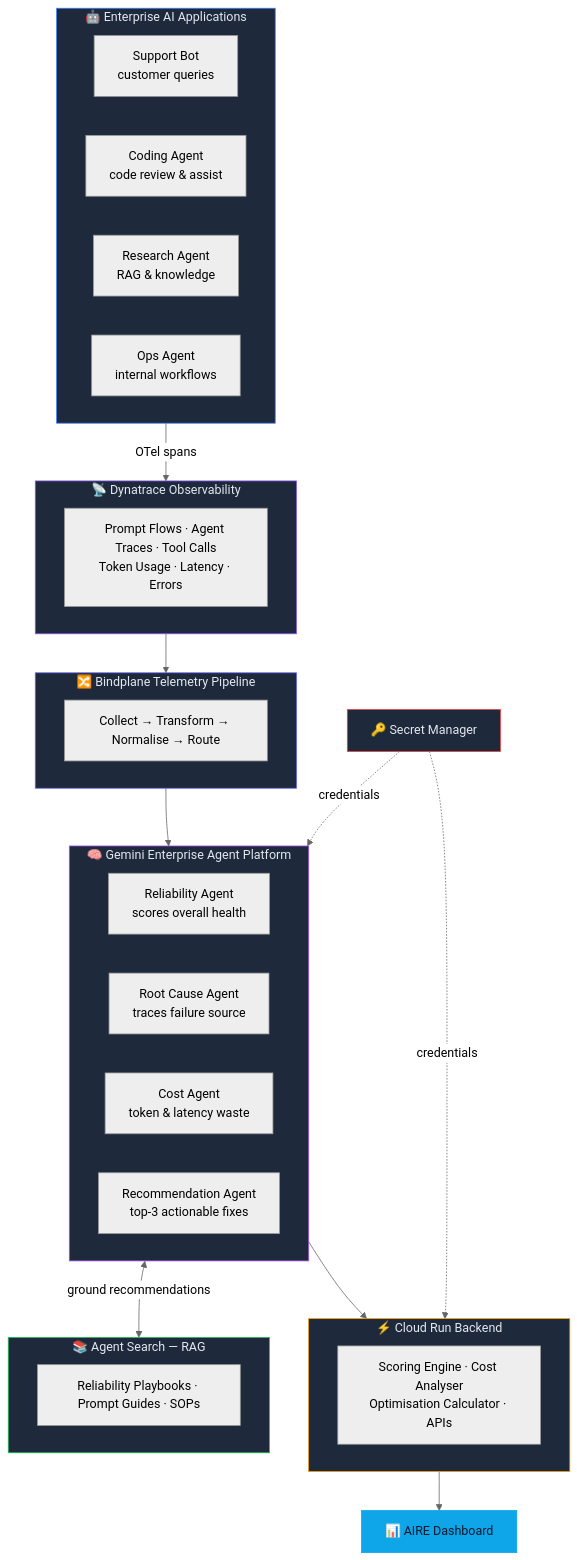
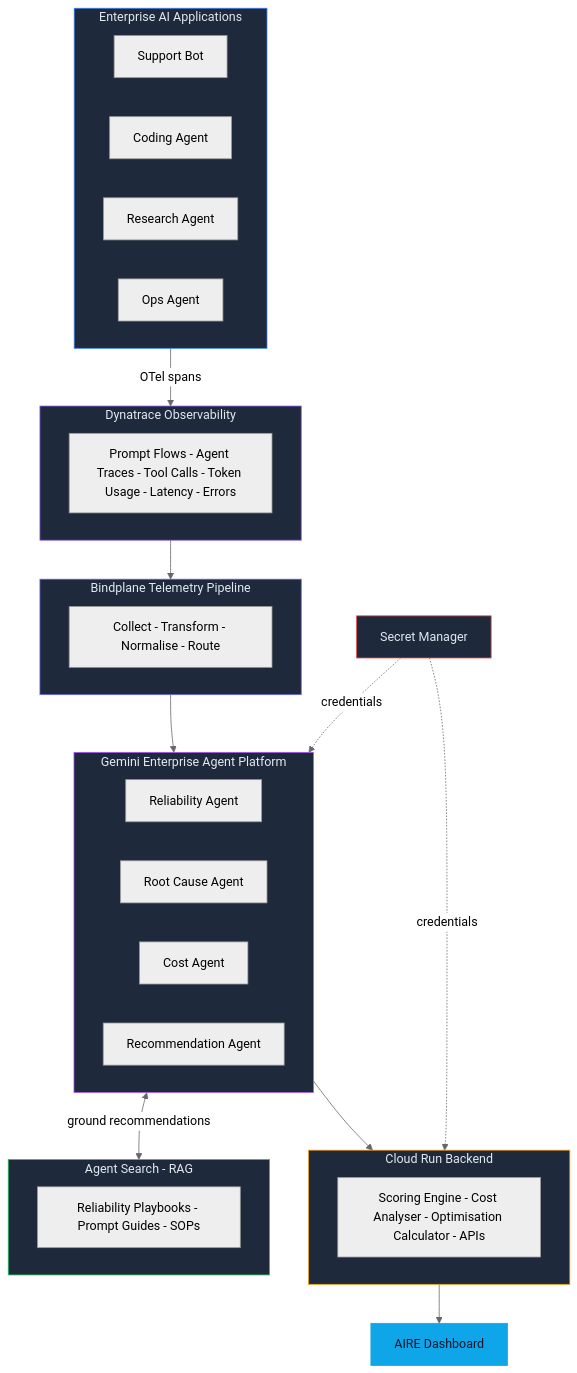
One commit to Mayank3613/AI-Reliability-Engineer changed the diagram in README.md. Above: the diagram before and after it, drawn with Mermaid (neutral theme). The commit also changed other lines of this file, not shown here.

Commit message:
fix: clean up README rendering - remove CDATA wrappers, simplify Mermaid labels

````diff
--- a/README.md
+++ b/README.md
@@ -28,53 +29,53 @@
 ```mermaid
 graph TB
-    subgraph AI["🤖 Enterprise AI Applications"]
-        A1["Support Bot<br/>customer queries"]
-        A2["Coding Agent<br/>code review & assist"]
-        A3["Research Agent<br/>RAG & knowledge"]
-        A4["Ops Agent<br/>internal workflows"]
+    subgraph AI["Enterprise AI Applications"]
+        A1["Support Bot"]
+        A2["Coding Agent"]
+        A3["Research Agent"]
+        A4["Ops Agent"]
     end
 
-    subgraph DT["📡 Dynatrace Observability"]
-        D1["Prompt Flows · Agent Traces · Tool Calls<br/>Token Usage · Latency · Errors"]
+    subgraph DT["Dynatrace Observability"]
+        D1["Prompt Flows - Agent Traces - Tool Calls - Token Usage - Latency - Errors"]
     end
 
-    subgraph BP["🔀 Bindplane Telemetry Pipeline"]
-        B1["Collect → Transform → Normalise → Route"]
+    subgraph BP["Bindplane Telemetry Pipeline"]
+        B1["Collect - Transform - Normalise - Route"]
     end
 
-    subgraph AGENTS["🧠 Gemini Enterprise Agent Platform"]
-        G1["Reliability Agent<br/>scores overall health"]
-        G2["Root Cause Agent<br/>traces failure source"]
-        G3["Cost Agent<br/>token & latency waste"]
-        G4["Recommendation Agent<br/>top-3 actionable fixes"]
+    subgraph AGENTS["Gemini Enterprise Agent Platform"]
+        G1["Reliability Agent"]
+        G2["Root Cause Agent"]
+        G3["Cost Agent"]
+        G4["Recommendation Agent"]
     end
 
-    subgraph RAG["📚 Agent Search — RAG"]
-        R1["Reliability Playbooks · Prompt Guides · SOPs"]
+    subgraph RAG["Agent Search - RAG"]
+        R1["Reliability Playbooks - Prompt Guides - SOPs"]
     end
 
-    subgraph BACKEND["⚡ Cloud Run Backend"]
-        S1["Scoring Engine · Cost Analyser<br/>Optimisation Calculator · APIs"]
+    subgraph BACKEND["Cloud Run Backend"]
+        S1["Scoring Engine - Cost Analyser - Optimisation Calculator - APIs"]
     end
 
-    DASH["📊 AIRE Dashboard"]
-    SEC["🔑 Secret Manager"]
+    DASH["AIRE Dashboard"]
+    SEC["Secret Manager"]
 
     AI -->|"OTel spans"| DT
     DT --> BP
     BP --> AGENTS
     AGENTS <-->|"ground recommendations"| RAG
     AGENTS --> BACKEND
     BACKEND --> DASH
     SEC -.->|"credentials"| AGENTS
     SEC -.->|"credentials"| BACKEND
 
     style AI fill:#1e293b,stroke:#3b82f6,color:#e2e8f0
     style DT fill:#1e293b,stroke:#8b5cf6,color:#e2e8f0
     style BP fill:#1e293b,stroke:#6366f1,color:#e2e8f0
     style AGENTS fill:#1e293b,stroke:#a855f7,color:#e2e8f0
     style RAG fill:#1e293b,stroke:#22c55e,color:#e2e8f0
     style BACKEND fill:#1e293b,stroke:#f59e0b,color:#e2e8f0
     style DASH fill:#0ea5e9,stroke:#0ea5e9,color:#0f172a
     style SEC fill:#1e293b,stroke:#ef4444,color:#e2e8f0
 ```
````
